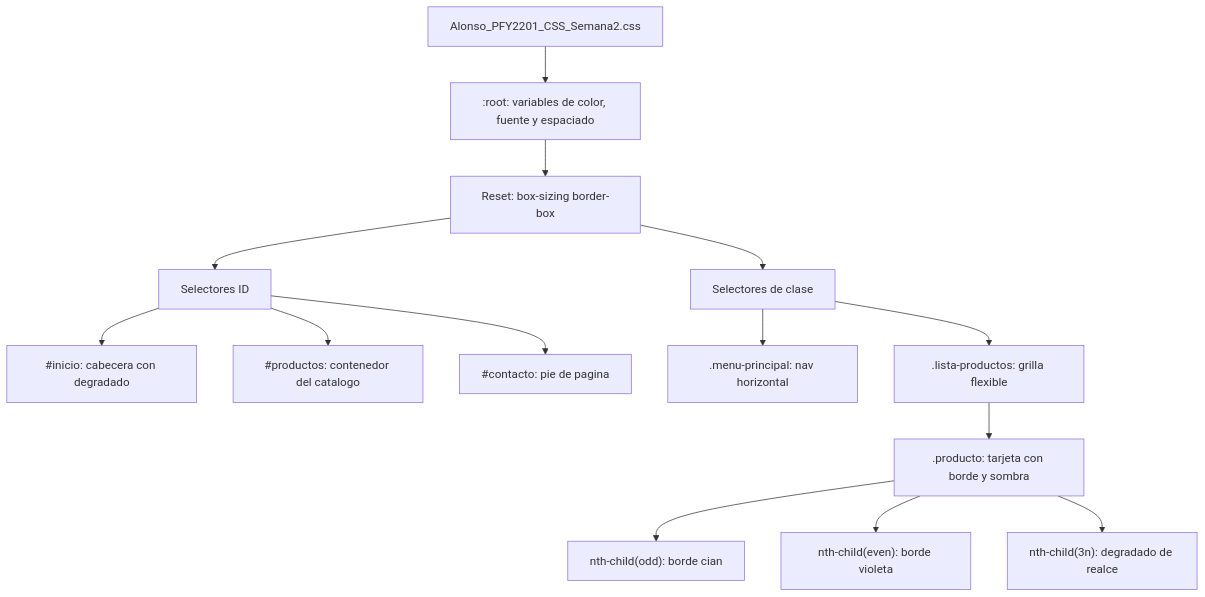
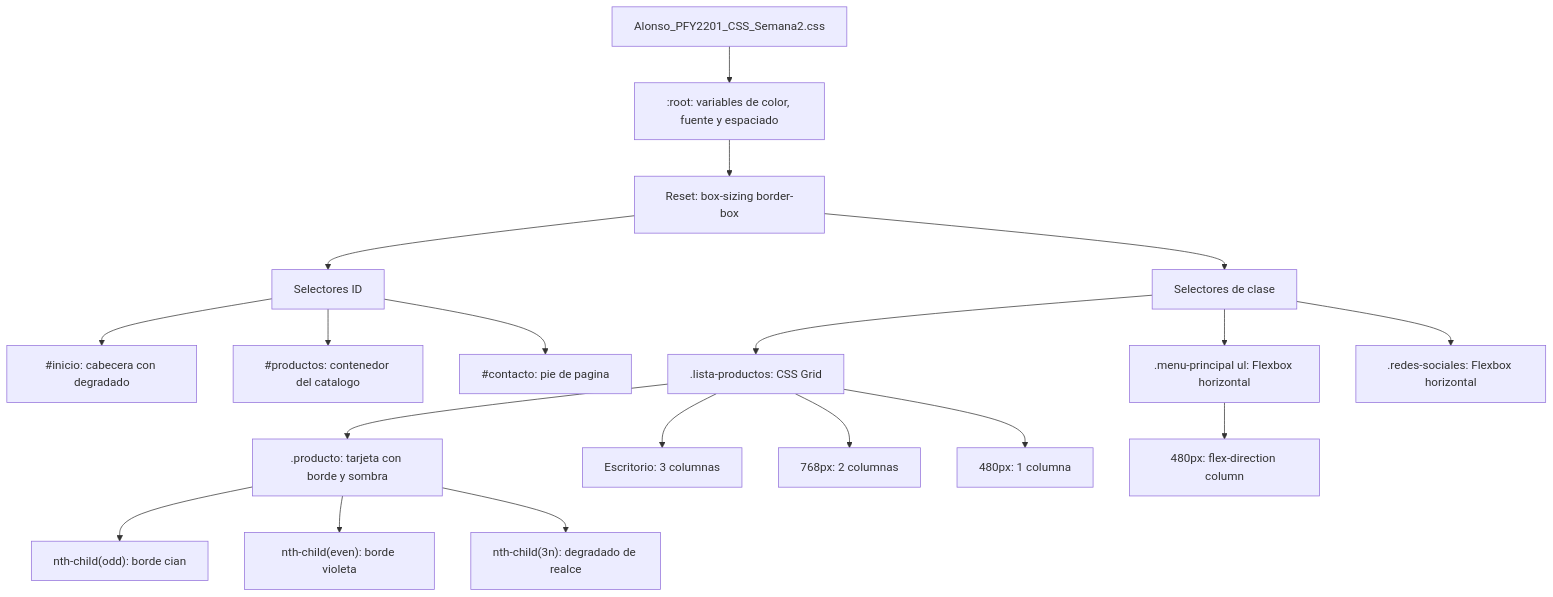
The second of 2 diagrams in README.md (L0ncho/EliteGamingStore), drawn with Mermaid before and after one commit. The commit also changed other lines of this file and 3 other files, not shown here.

Commit message:
feat: Semana 3, Layouts responsivos con flexbox, CSS grid y media queries

````diff
--- a/README.md
+++ b/README.md
@@ -103,16 +111,21 @@
 ```mermaid
 flowchart TD
     Hoja["Alonso_PFY2201_CSS_Semana2.css"] --> Raiz[":root: variables de color, fuente y espaciado"]
     Raiz --> Reset["Reset: box-sizing border-box"]
     Reset --> Ids["Selectores ID"]
     Reset --> Clases["Selectores de clase"]
     Ids --> Inicio["#inicio: cabecera con degradado"]
     Ids --> Productos["#productos: contenedor del catalogo"]
     Ids --> Contacto["#contacto: pie de pagina"]
-    Clases --> Menu[".menu-principal: nav horizontal"]
-    Clases --> Lista[".lista-productos: grilla flexible"]
+    Clases --> Menu[".menu-principal ul: Flexbox horizontal"]
+    Clases --> Lista[".lista-productos: CSS Grid"]
+    Clases --> Redes[".redes-sociales: Flexbox horizontal"]
     Lista --> Tarjeta[".producto: tarjeta con borde y sombra"]
     Tarjeta --> Impar["nth-child(odd): borde cian"]
     Tarjeta --> Par["nth-child(even): borde violeta"]
     Tarjeta --> Triple["nth-child(3n): degradado de realce"]
+    Lista --> Desk["Escritorio: 3 columnas"]
+    Lista --> Tablet["768px: 2 columnas"]
+    Lista --> Movil["480px: 1 columna"]
+    Menu --> MenuMovil["480px: flex-direction column"]
 ```
````
